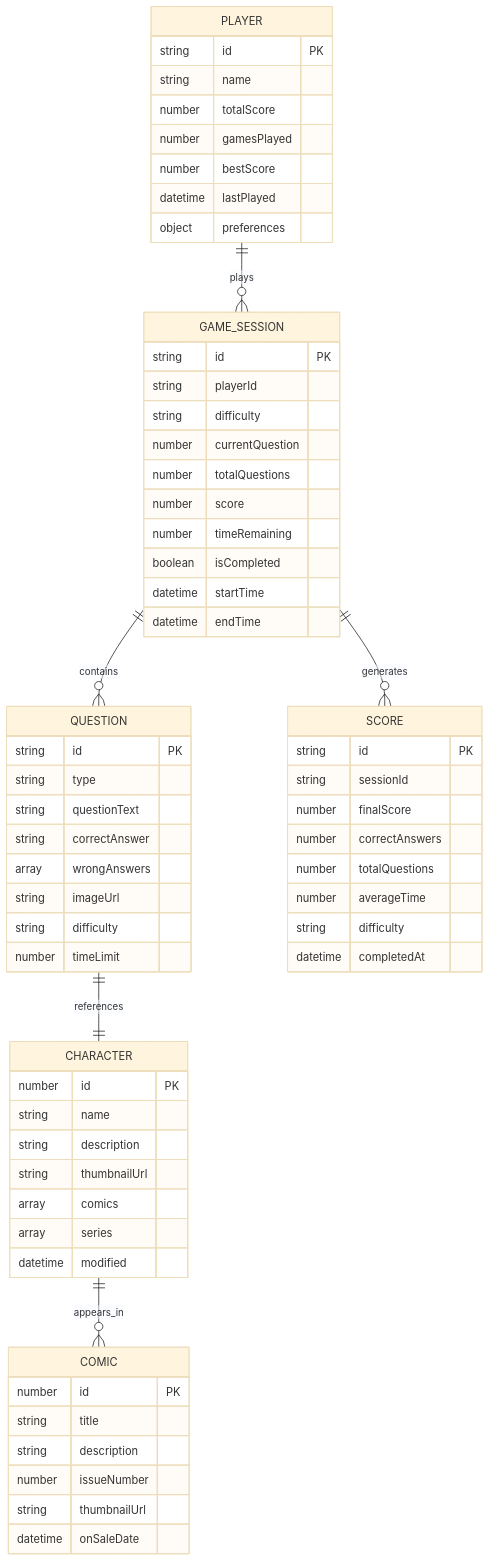
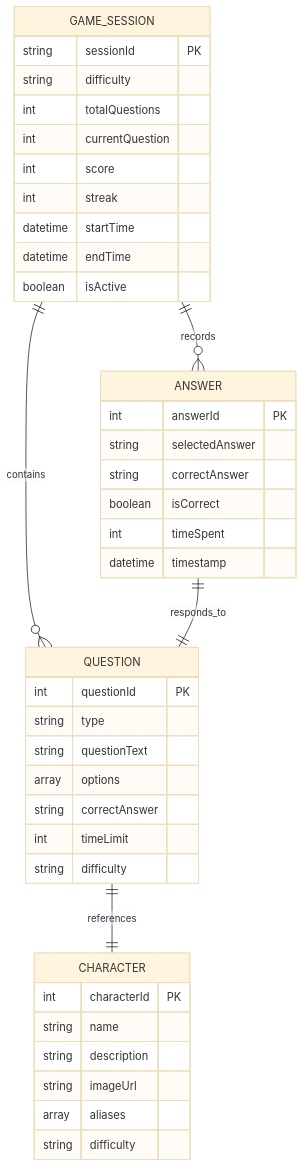
One commit to StrayDogSyn/Learner-Files-v3.5 changed the third of 3 diagrams in .trae/documents/Marvel-Quiz-Technical-Architecture.md. Above: the diagram before and after it, drawn with Mermaid (base theme). The commit also changed other lines of this file and 2 other files, not shown here.

First line of the commit message:
docs(architecture): update marvel quiz technical documentation

````diff
--- a/.trae/documents/Marvel-Quiz-Technical-Architecture.md
+++ b/.trae/documents/Marvel-Quiz-Technical-Architecture.md
@@ -166,72 +167,47 @@
 ```mermaid
 erDiagram
     GAME_SESSION ||--o{ QUESTION : contains
-    GAME_SESSION ||--o{ SCORE : generates
+    GAME_SESSION ||--o{ ANSWER : records
     QUESTION ||--|| CHARACTER : references
-    CHARACTER ||--o{ COMIC : appears_in
-    PLAYER ||--o{ GAME_SESSION : plays
+    ANSWER ||--|| QUESTION : responds_to
     
     GAME_SESSION {
-        string id PK
-        string playerId
+        string sessionId PK
         string difficulty
-        number currentQuestion
-        number totalQuestions
-        number score
-        number timeRemaining
-        boolean isCompleted
+        int totalQuestions
+        int currentQuestion
+        int score
+        int streak
         datetime startTime
         datetime endTime
+        boolean isActive
     }
     
     QUESTION {
-        string id PK
+        int questionId PK
         string type
         string questionText
+        array options
         string correctAnswer
-        array wrongAnswers
-        string imageUrl
+        int timeLimit
         string difficulty
-        number timeLimit
     }
     
     CHARACTER {
-        number id PK
+        int characterId PK
         string name
         string description
-        string thumbnailUrl
-        array comics
-        array series
-        datetime modified
+        string imageUrl
+        array aliases
+        string difficulty
     }
     
-    COMIC {
-        number id PK
-        string title
-        string description
-        number issueNumber
-        string thumbnailUrl
-        datetime onSaleDate
-    }
-    
-    PLAYER {
-        string id PK
-        string name
-        number totalScore
-        number gamesPlayed
-        number bestScore
-        datetime lastPlayed
-        object preferences
-    }
-    
-    SCORE {
-        string id PK
-        string sessionId
-        number finalScore
-        number correctAnswers
-        number totalQuestions
-        number averageTime
-        string difficulty
-        datetime completedAt
+    ANSWER {
+        int answerId PK
+        string selectedAnswer
+        string correctAnswer
+        boolean isCorrect
+        int timeSpent
+        datetime timestamp
     }
 ```
````
